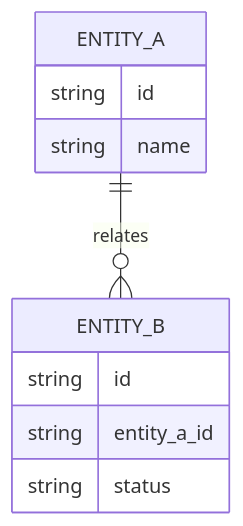
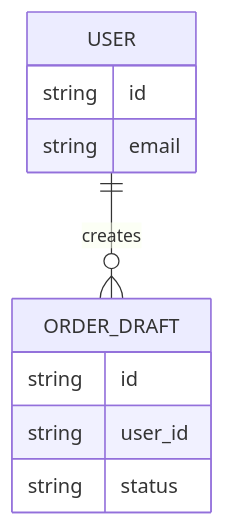
One commit to aganesy/QFAI changed the diagram in .qfai/assistant/skills/qfai-sdd/templates/specs/_policies/05_Contracts.md. Above: the diagram before and after it, drawn with Mermaid. The commit also changed other lines of this file and 3 other files, not shown here.

````diff
--- a/.qfai/assistant/skills/qfai-sdd/templates/specs/_policies/05_Contracts.md
+++ b/.qfai/assistant/skills/qfai-sdd/templates/specs/_policies/05_Contracts.md
@@ -58,13 +56,13 @@
 ```mermaid
 erDiagram
-  ENTITY_A ||--o{ ENTITY_B : "relates"
-  ENTITY_A {
+  USER ||--o{ ORDER_DRAFT : creates
+  USER {
     string id
-    string name
+    string email
   }
-  ENTITY_B {
+  ORDER_DRAFT {
     string id
-    string entity_a_id
+    string user_id
     string status
   }
 ```
````
